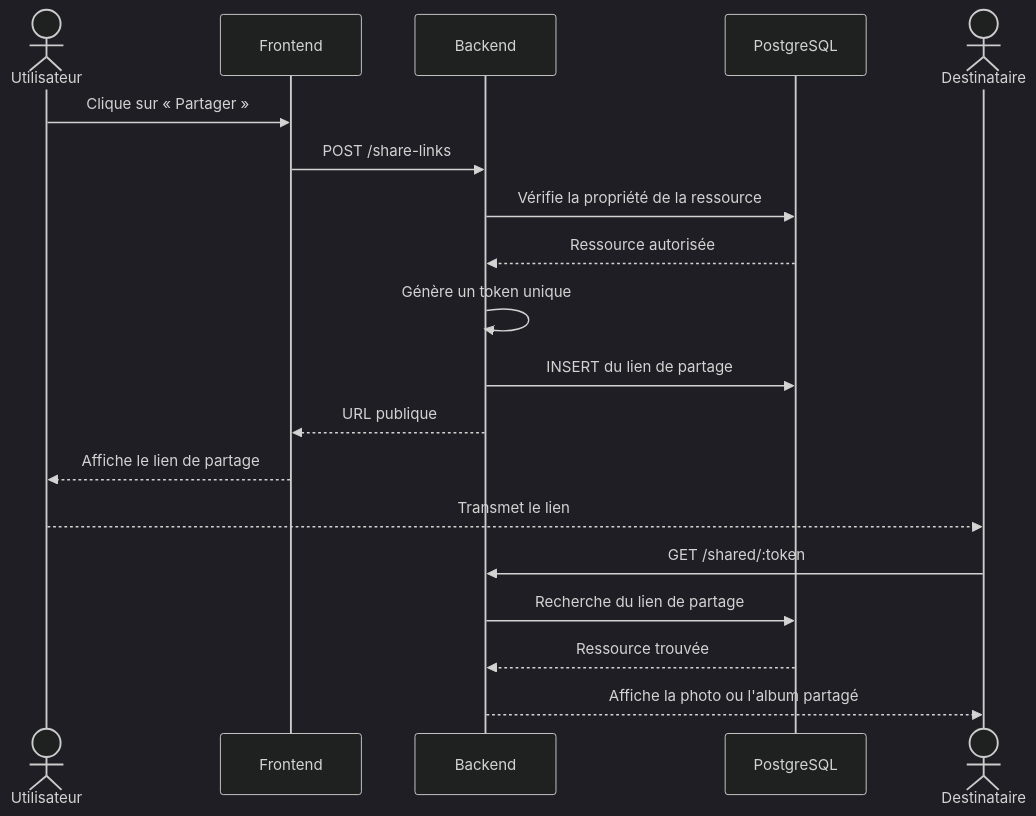
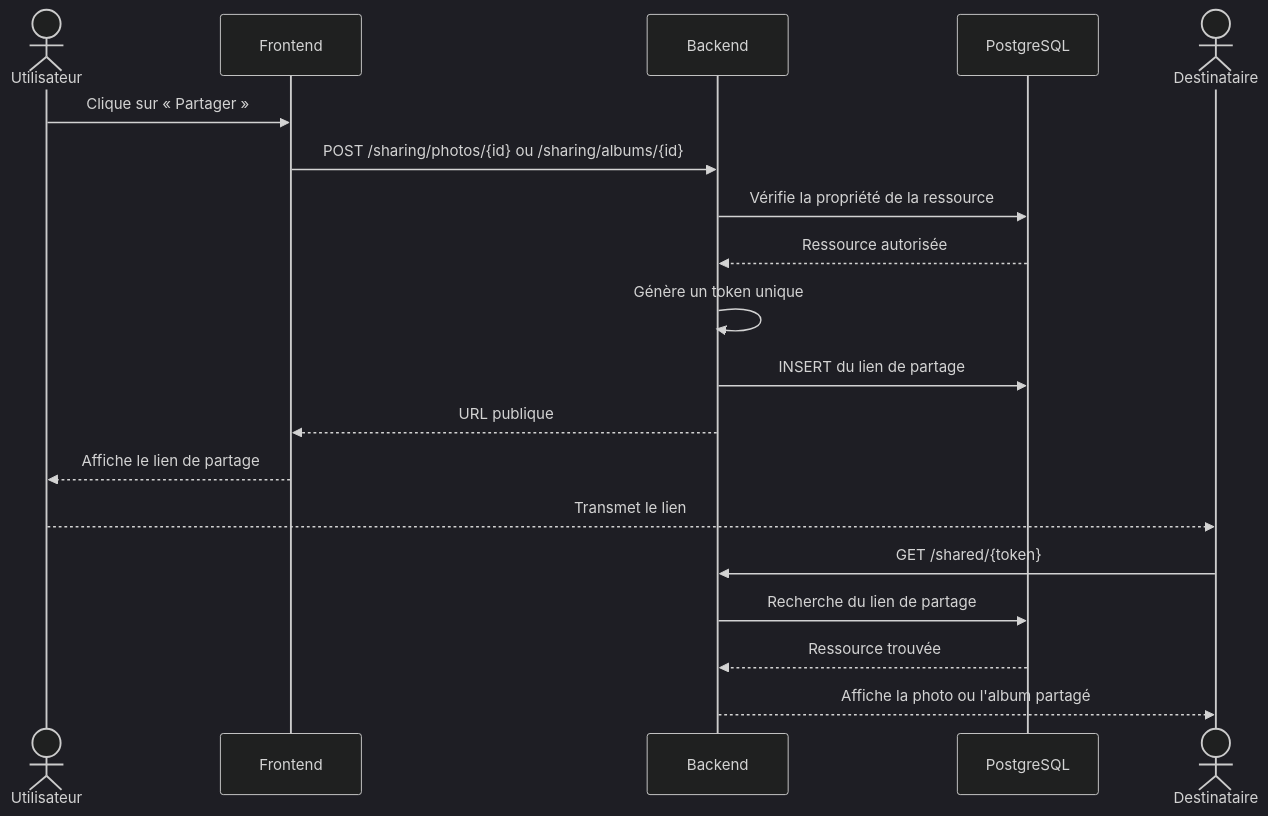
The fifth of 5 diagrams in documentation/architecture/sequence-diagram.md (BOINAR/sovlens), drawn with Mermaid before and after one commit. The commit also changed other lines of this file and 4 other files, not shown here.

````diff
--- a/documentation/architecture/sequence-diagram.md
+++ b/documentation/architecture/sequence-diagram.md
@@ -96,25 +120,25 @@
 ```mermaid
 %%{init: {'theme': 'dark', 'themeVariables': {'fontSize': '16px'}}}%%
 sequenceDiagram
   actor U as Utilisateur
   participant F as Frontend
   participant B as Backend
   participant DB as PostgreSQL
   actor P as Destinataire
 
   U->>F: Clique sur « Partager »
-  F->>B: POST /share-links
+  F->>B: POST /sharing/photos/{id} ou /sharing/albums/{id}
   B->>DB: Vérifie la propriété de la ressource
   DB-->>B: Ressource autorisée
   B->>B: Génère un token unique
   B->>DB: INSERT du lien de partage
   B-->>F: URL publique
   F-->>U: Affiche le lien de partage
 
   U-->>P: Transmet le lien
 
-  P->>B: GET /shared/:token
+  P->>B: GET /shared/{token}
   B->>DB: Recherche du lien de partage
   DB-->>B: Ressource trouvée
   B-->>P: Affiche la photo ou l'album partagé
 ```
````
